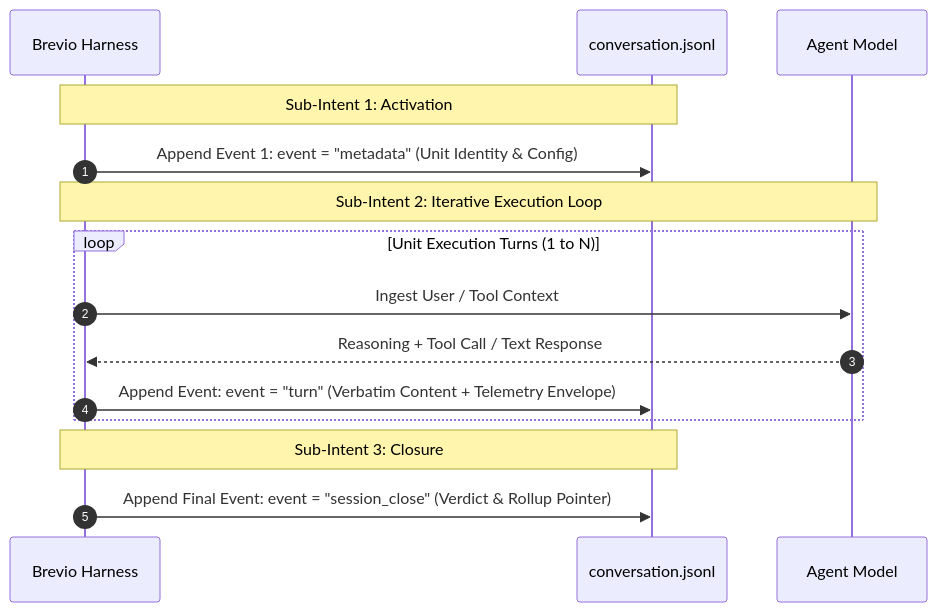
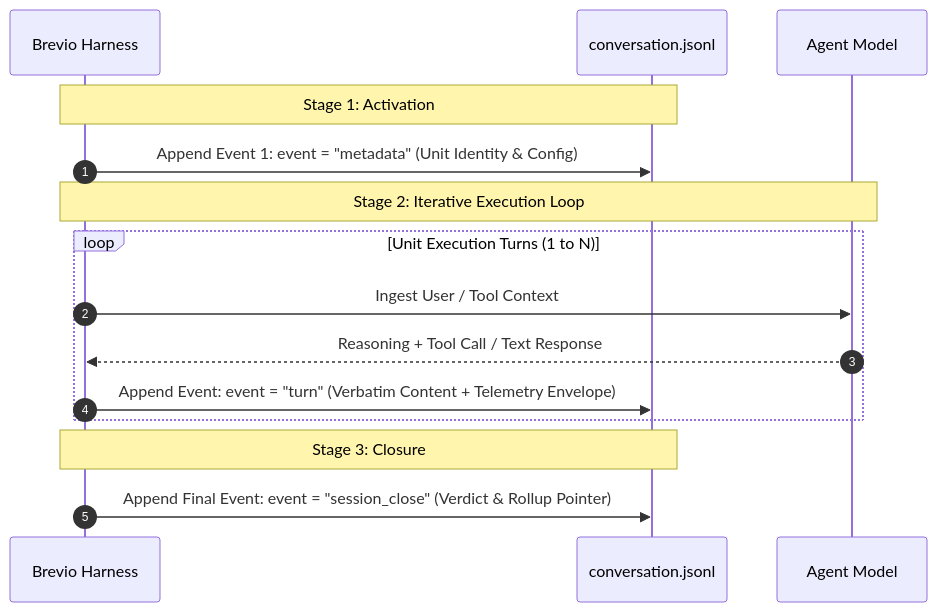
The first of 3 diagrams in build-docs/docs/work-items/unit-conversation.md (Equitable-Innovations/brevio), drawn with Mermaid before and after one commit. The commit also changed other lines of this file and 64 other files, not shown here.

````diff
--- a/build-docs/docs/work-items/unit-conversation.md
+++ b/build-docs/docs/work-items/unit-conversation.md
@@ -107,18 +106,18 @@
 ```mermaid
 sequenceDiagram
     autonumber
     participant Harness as Brevio Harness
     participant Log as conversation.jsonl
     participant LLM as Agent Model
-    Note over Harness, Log: Sub-Intent 1: Activation
+    Note over Harness, Log: Stage 1: Activation
     Harness ->> Log: Append Event 1: event = "metadata" (Unit Identity & Config)
-    Note over Harness, LLM: Sub-Intent 2: Iterative Execution Loop
+    Note over Harness, LLM: Stage 2: Iterative Execution Loop
     loop Unit Execution Turns (1 to N)
         Harness ->> LLM: Ingest User / Tool Context
         LLM -->> Harness: Reasoning + Tool Call / Text Response
         Harness ->> Log: Append Event: event = "turn" (Verbatim Content + Telemetry Envelope)
     end
 
-    Note over Harness, Log: Sub-Intent 3: Closure
+    Note over Harness, Log: Stage 3: Closure
     Harness ->> Log: Append Final Event: event = "session_close" (Verdict & Rollup Pointer)
 ```
````
